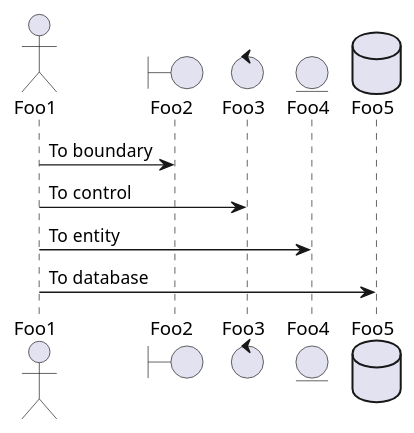
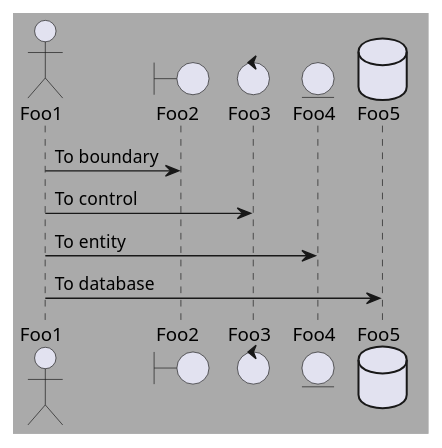
Before and after one commit to gmevelec/test-generate-plantuml: the diagram in subdir/illustration/sample.plantuml, drawn with PlantUML. The commit also changed 1 other file, not shown here.

Commit message:
Ttest background

```diff
--- a/subdir/illustration/sample.plantuml
+++ b/subdir/illustration/sample.plantuml
@@ -1,11 +1,12 @@
 @startuml sample
+skinparam backgroundColor #AAAAAA
 actor Foo1
 boundary Foo2
 control Foo3
 entity Foo4
 database Foo5
 Foo1 -> Foo2 : To boundary
 Foo1 -> Foo3 : To control
 Foo1 -> Foo4 : To entity
 Foo1 -> Foo5 : To database
 @enduml
```
